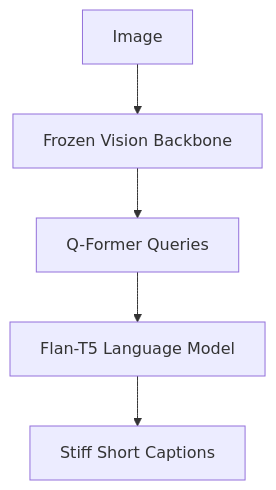
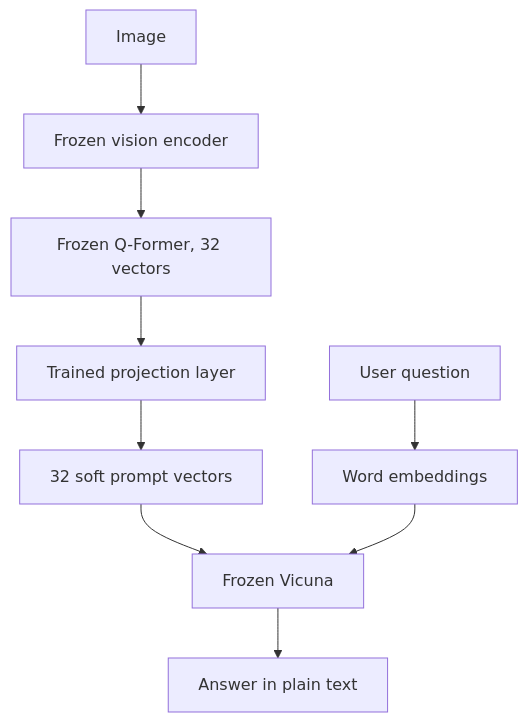
One commit to Tarunsai08/PaperStack changed the diagram in content/papers/minigpt-4-enhancing-vision-language-understanding-with-advan.md. Above: the diagram before and after it, drawn with Mermaid. The commit also changed other lines of this file and 7 other files, not shown here.

````diff
--- a/content/papers/minigpt-4-enhancing-vision-language-understanding-with-advan.md
+++ b/content/papers/minigpt-4-enhancing-vision-language-understanding-with-advan.md
@@ -99,7 +90,11 @@
 ```mermaid
 flowchart TD
-    A[Image] --> B[Frozen Vision Backbone]
-    B --> C[Q-Former Queries]
-    C --> D[Flan-T5 Language Model]
-    D --> E[Stiff Short Captions]
+  A[Image] --> B[Frozen vision encoder]
+  B --> C[Frozen Q-Former, 32 vectors]
+  C --> D[Trained projection layer]
+  D --> E[32 soft prompt vectors]
+  F[User question] --> G[Word embeddings]
+  E --> H[Frozen Vicuna]
+  G --> H
+  H --> I[Answer in plain text]
 ```
````
